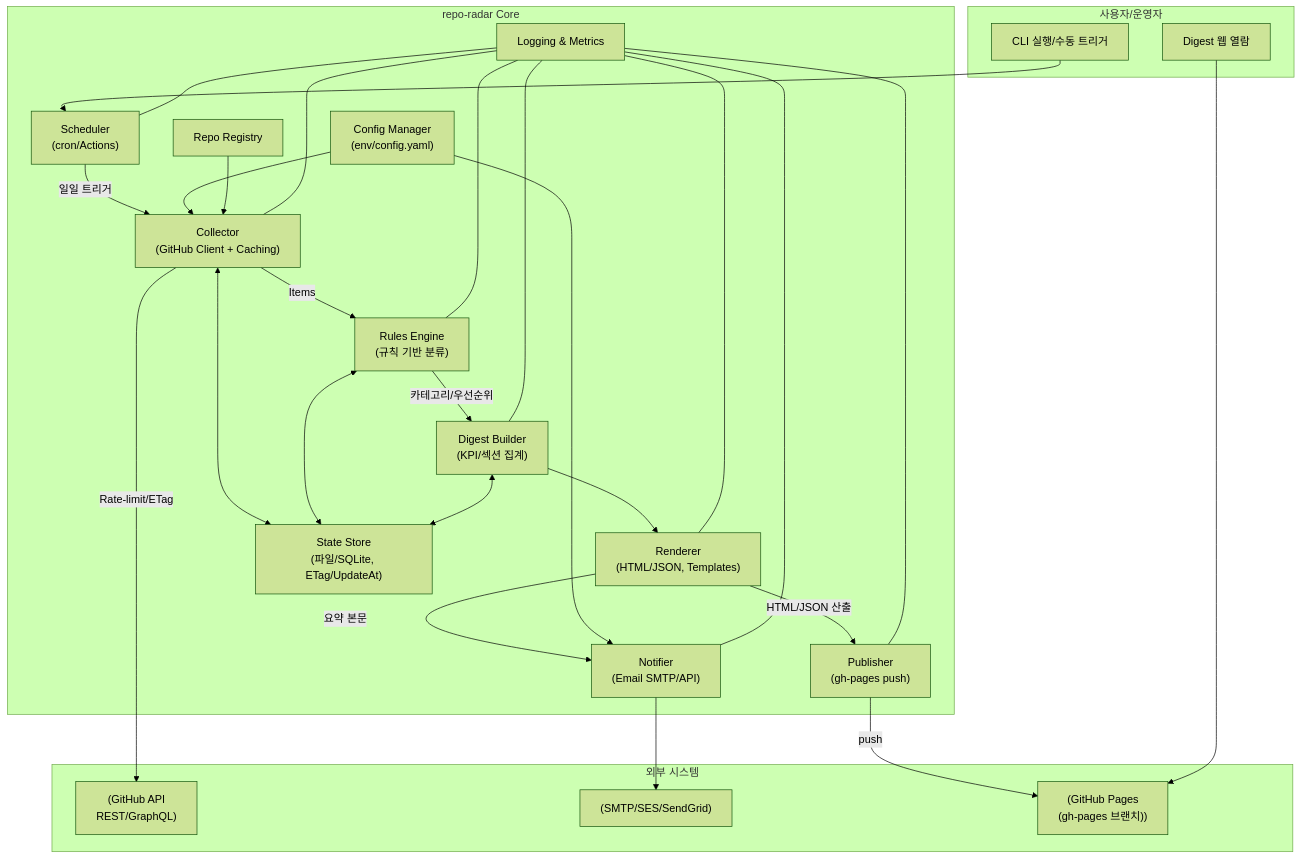
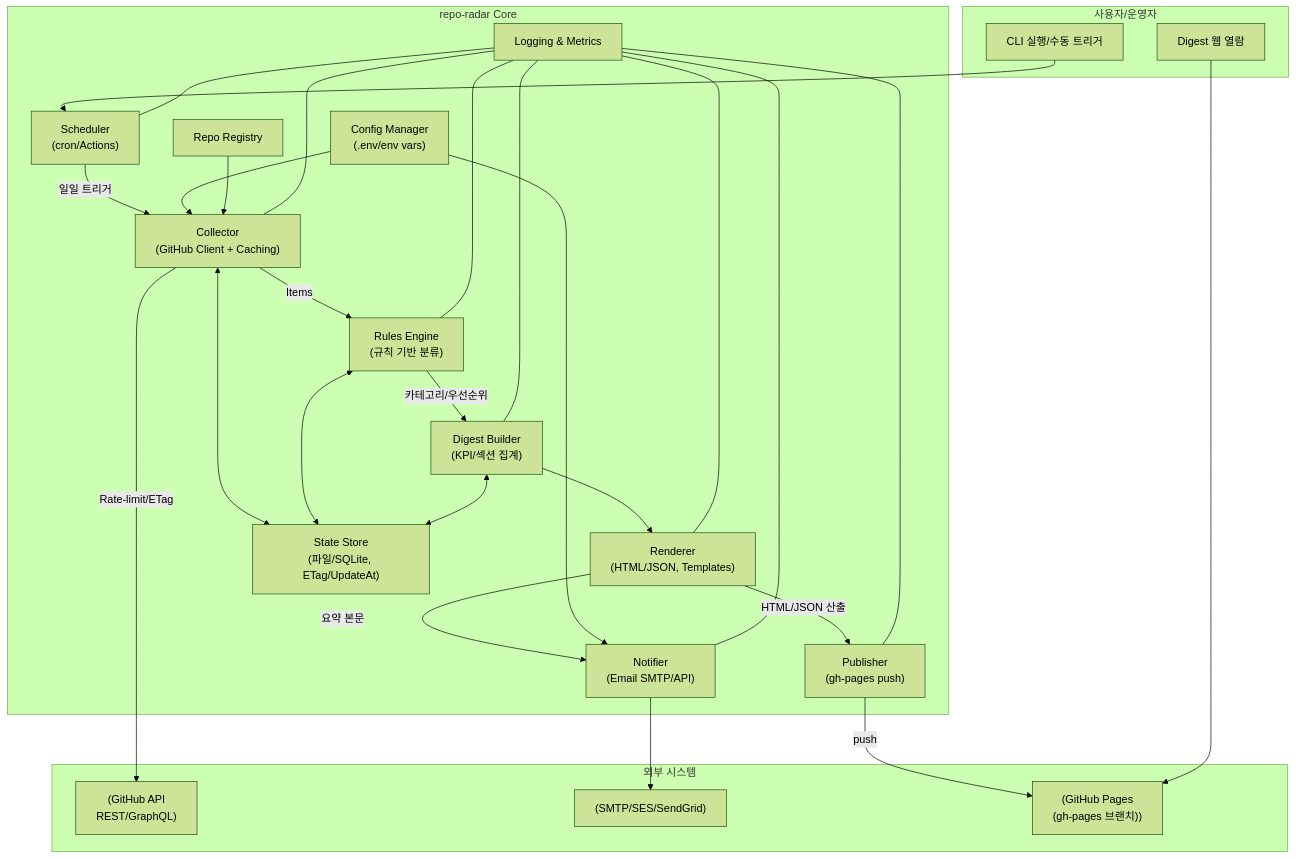
One commit to whawant-work/repo-radar changed the first of 3 diagrams in docs/architecture.md. Above: the diagram before and after it, drawn with Mermaid (forest theme). The commit also changed other lines of this file and 11 other files, not shown here.

Commit message:
[WBS 2.1][Day1] 설정 로더 및 문서 일치화 완료\n\n- .env/환경변수 기반 설정 로더 구현 및 검증\n- config 파일 지원 코드/테스트/문서 완전 제거\n- 주요 문서(README, requirements, architecture) 실제 동작과 일치하도록 정비\n- python-dotenv, ruff, pytest 등 최소 의존성만 유지\n- 테스트/린트/실행 모두 통과\n\nCloses #4

````diff
--- a/docs/architecture.md
+++ b/docs/architecture.md
@@ -45,56 +45,56 @@
 ```mermaid
 flowchart TD
     subgraph Client[사용자/운영자]
         U1[CLI 실행/수동 트리거]
         U2[Digest 웹 열람]
     end
 
-    subgraph Core[repo-radar Core]
-        CFG["Config Manager\n(env/config.yaml)"]
+  subgraph Core[repo-radar Core]
+    CFG["Config Manager\n(.env/env vars)"]
         REG["Repo Registry"]
         SCH["Scheduler\n(cron/Actions)"]
         COL["Collector\n(GitHub Client + Caching)"]
         RUL["Rules Engine\n(규칙 기반 분류)"]
         DGS["Digest Builder\n(KPI/섹션 집계)"]
         REN["Renderer\n(HTML/JSON, Templates)"]
         PUB["Publisher\n(gh-pages push)"]
         MTA["Notifier\n(Email SMTP/API)"]
         LOG["Logging & Metrics"]
         ST["State Store\n(파일/SQLite, ETag/UpdateAt)"]
     end
 
     subgraph External[외부 시스템]
         GH["(GitHub API\nREST/GraphQL)"]
         SMTP["(SMTP/SES/SendGrid)"]
         PAGES["(GitHub Pages\n(gh-pages 브랜치))"]
     end
 
     SCH -->|일일 트리거| COL
     CFG --> COL
     REG --> COL
     COL -->|Items| RUL
     RUL -->|카테고리/우선순위| DGS
     DGS --> REN
     REN -->|HTML/JSON 산출| PUB
     PUB -->|push| PAGES
     REN -->|요약 본문| MTA
     CFG --> MTA
 
     COL <--> ST
     RUL <--> ST
     DGS <--> ST
 
     COL -->|Rate-limit/ETag| GH
     MTA --> SMTP
 
     U1 --> SCH
     U2 --> PAGES
 
     LOG --- SCH
     LOG --- COL
     LOG --- RUL
     LOG --- DGS
     LOG --- REN
     LOG --- PUB
     LOG --- MTA
 ```
````
